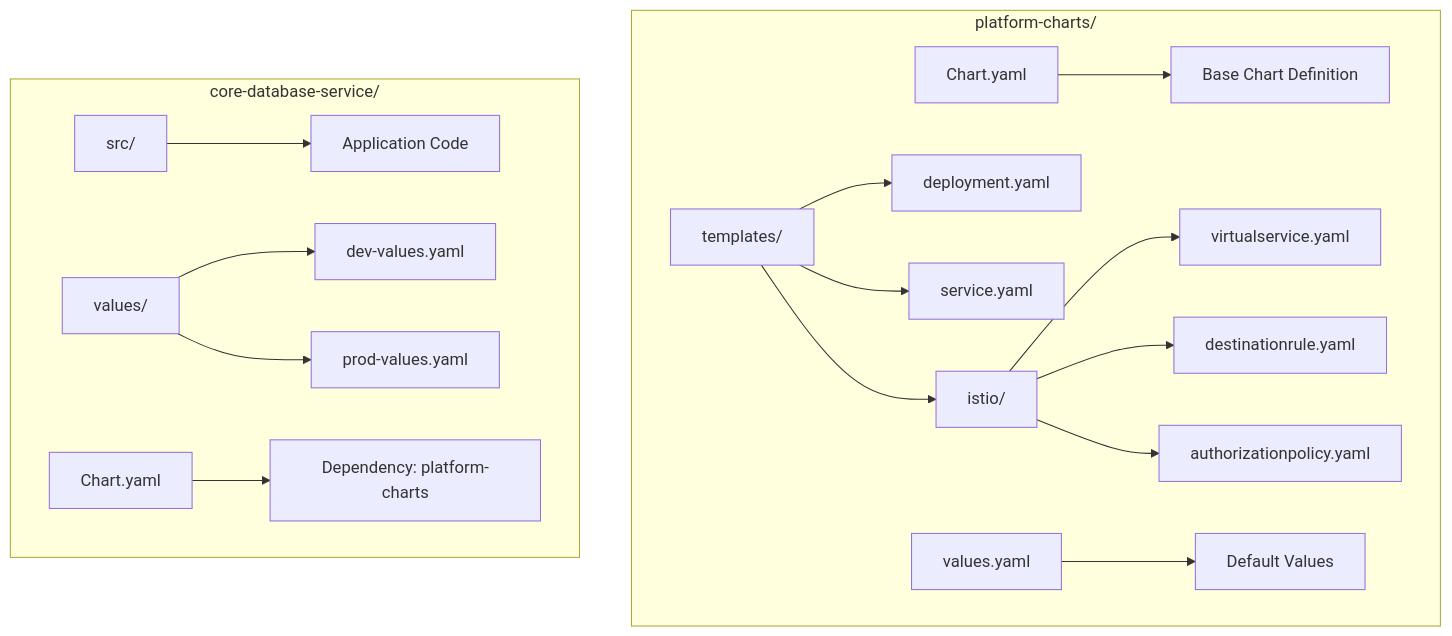
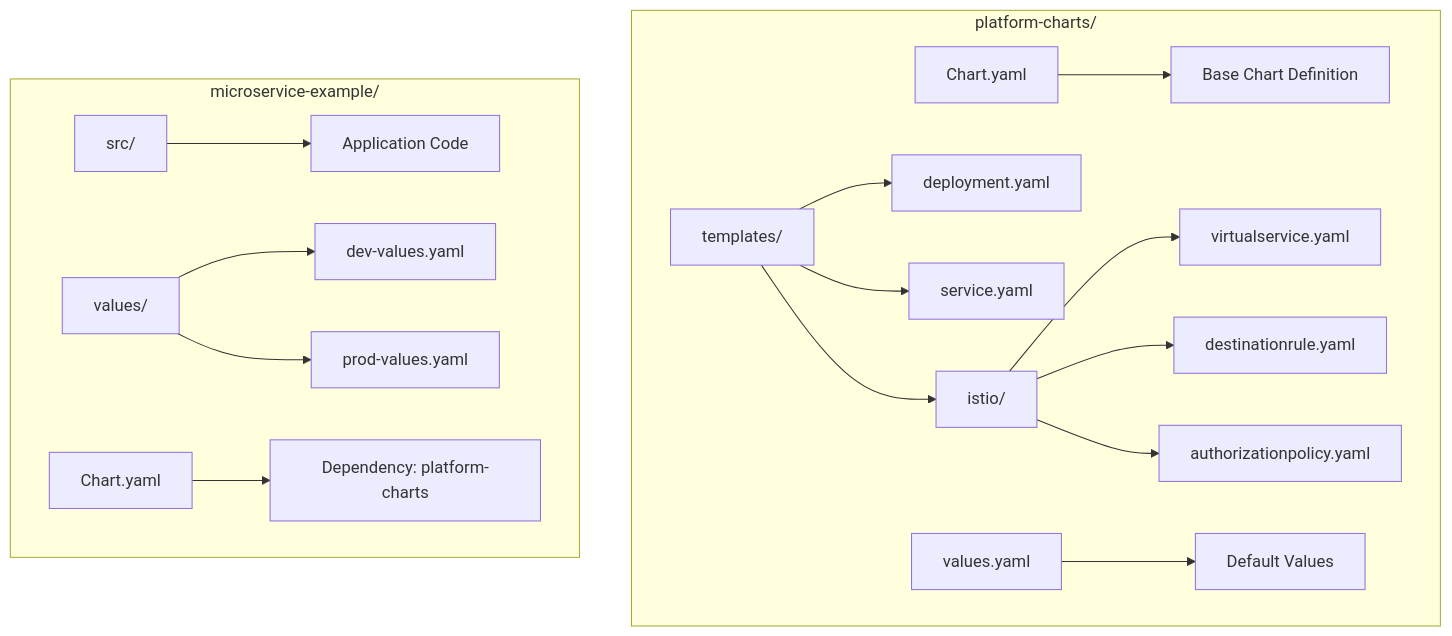
Before and after one commit to VisioBook-ESP/docs-architecture: the tenth of 18 diagrams in devops/patterns-deploiement-helm-istio.md, drawn with Mermaid. The commit also changed other lines of this file and 15 other files, not shown here.

````diff
--- a/devops/patterns-deploiement-helm-istio.md
+++ b/devops/patterns-deploiement-helm-istio.md
@@ -278,20 +278,20 @@
 ```mermaid
 graph TD
     subgraph "platform-charts/"
         A[Chart.yaml] --> A1[Base Chart Definition]
         B[templates/] --> B1[deployment.yaml]
         B --> B2[service.yaml]
         B --> B3[istio/]
         B3 --> B4[virtualservice.yaml]
         B3 --> B5[destinationrule.yaml]
         B3 --> B6[authorizationpolicy.yaml]
         C[values.yaml] --> C1[Default Values]
     end
 
-    subgraph "core-database-service/"
+    subgraph "microservice-example/"
         D[src/] --> D1[Application Code]
         E[values/] --> E1[dev-values.yaml]
         E --> E2[prod-values.yaml]
         F[Chart.yaml] --> F1[Dependency: platform-charts]
     end
 ```
````
